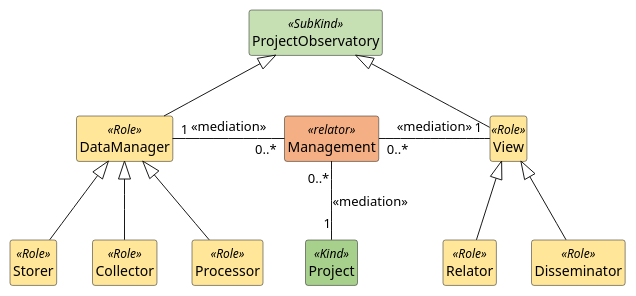
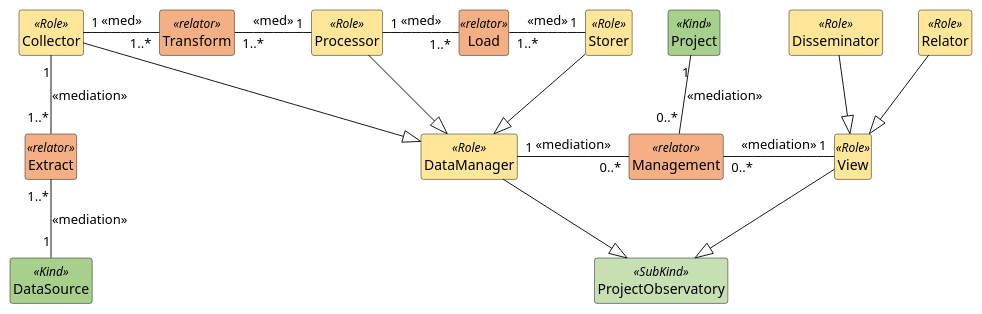
The diagram in mpo_structures_observatory_formalization.puml (kvojps/onto-mpo), drawn with PlantUML before and after one commit.

Commit message:
[feat]: enhance MPO Structures Observatory formalization with additional classes and relationships

```diff
--- a/mpo_structures_observatory_formalization.puml
+++ b/mpo_structures_observatory_formalization.puml
@@ -1,28 +1,37 @@
 @startuml MPO Structures Observatory Formalization
 hide members
 skinparam style strictuml
 
 class ProjectObservatory <<SubKind>> #C6E0B4 {}
-
 class View <<Role>> #FFE699 {}
 class Relator <<Role>> #FFE699 {}
 class Disseminator <<Role>> #FFE699 {}
 class DataManager <<Role>> #FFE699 {}
+class DataSource <<Kind>> #A8D08D {}
+class Extract <<relator>> #F4B084 {}
 class Collector <<Role>> #FFE699 {}
+class Transform <<relator>> #F4B084 {}
 class Processor <<Role>> #FFE699 {}
+class Load <<relator>> #F4B084 {}
 class Storer <<Role>> #FFE699 {}
 class Project <<Kind>> #A8D08D {}
 class Management <<relator>> #F4B084 {}
 
-ProjectObservatory <|-- DataManager
-ProjectObservatory <|-- View
+ProjectObservatory <|-up- DataManager
+ProjectObservatory <|-up- View
 View "1" -left- "0..*" Management : <<mediation>>
-Relator -up-|> View
-Disseminator -up-|> View
-DataManager "1" - "0..*" Management : <<mediation>>
-Collector -up-|> DataManager
-Processor -up-|> DataManager
-Storer -up-|> DataManager
-Project "1" -up- "0..*" Management : <<mediation>>
+Relator --|> View
+Disseminator --|> View
+DataManager "1" -right- "0..*" Management : <<mediation>>
+DataSource "1" -up- "1..*" Extract : <<mediation>>
+Extract "1..*" -up- "1" Collector : <<mediation>>
+Collector --|> DataManager
+Collector "1" - "1..*" Transform: <<med>>
+Transform "1..*" - "1" Processor: <<med>>
+Processor --|> DataManager
+Processor "1" - "1..*" Load: <<med>>
+Load "1..*" - "1" Storer: <<med>>
+Storer --|> DataManager
+Project "1" -down- "0..*" Management : <<mediation>>
 
 @enduml
```
